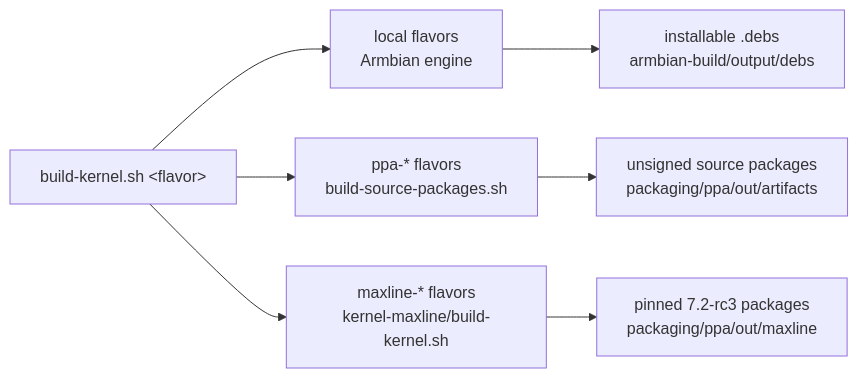
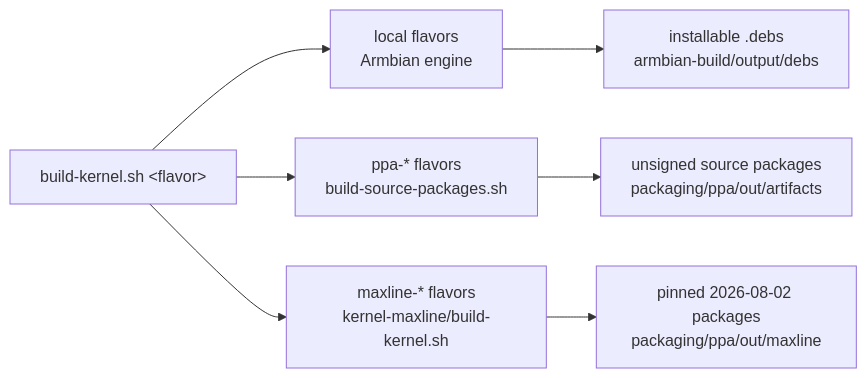
Before and after one commit to yisding/rock-5b-ysp: the diagram in kernel-drivers/docs/kernel-builds.md, drawn with Mermaid. The commit also changed other lines of this file and 19 other files, not shown here.

````diff
--- a/kernel-drivers/docs/kernel-builds.md
+++ b/kernel-drivers/docs/kernel-builds.md
@@ -13,9 +13,9 @@
 ```mermaid
 flowchart LR
     BK[build-kernel.sh &lt;flavor&gt;] --> LOCAL[local flavors\nArmbian engine]
     BK --> PPA[ppa-* flavors\nbuild-source-packages.sh]
     BK --> MAX[maxline-* flavors\nkernel-maxline/build-kernel.sh]
     LOCAL --> DEBS[installable .debs\narmbian-build/output/debs]
     PPA --> SRC[unsigned source packages\npackaging/ppa/out/artifacts]
-    MAX --> MDEB[pinned 7.2-rc3 packages\npackaging/ppa/out/maxline]
+    MAX --> MDEB[pinned 2026-08-02 packages\npackaging/ppa/out/maxline]
 ```
````
